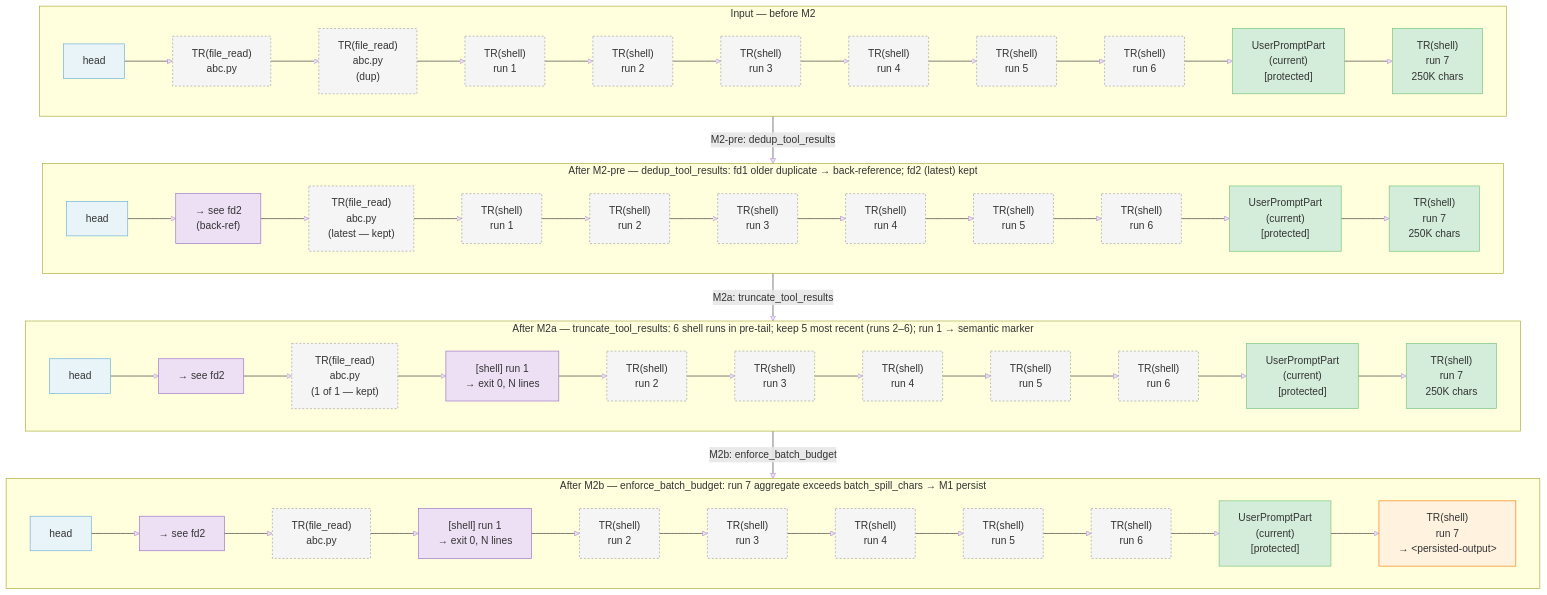
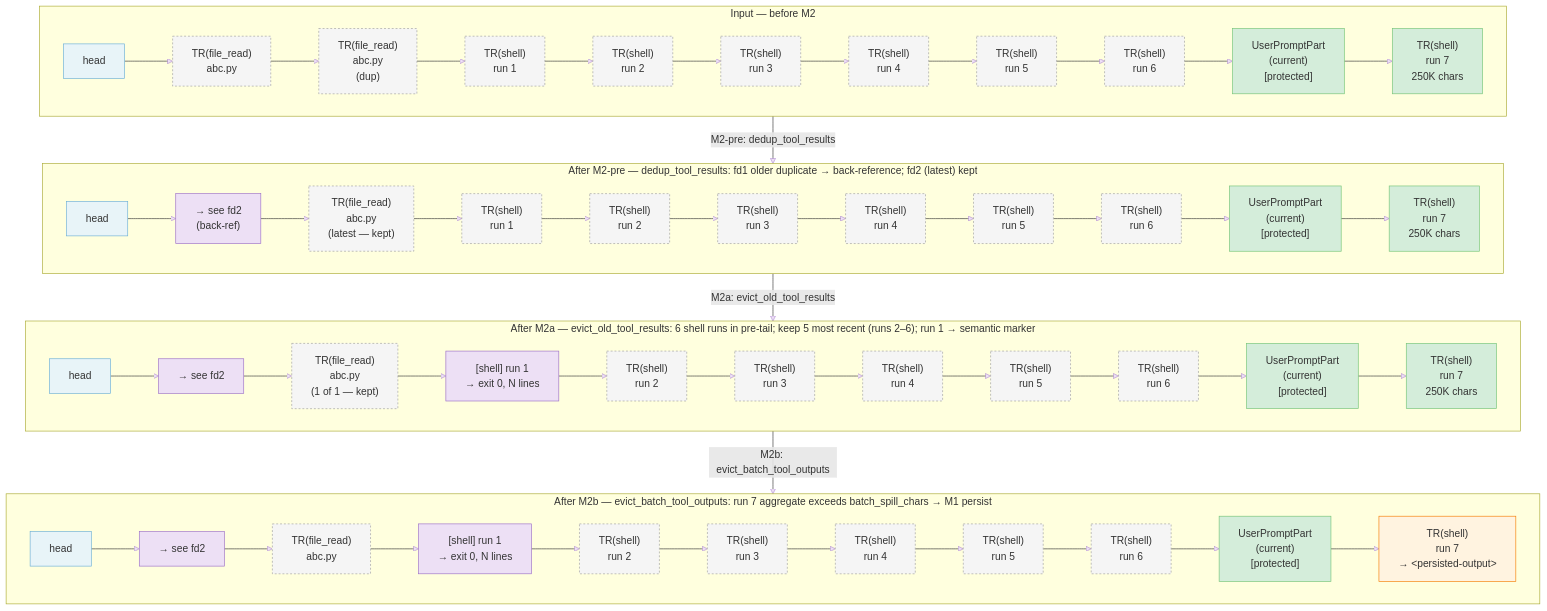
Before and after one commit to binlecode/co-cli: the fifth of 6 diagrams in docs/specs/compaction.md, drawn with Mermaid. The commit also changed other lines of this file and 12 other files, not shown here.

````diff
--- a/docs/specs/compaction.md
+++ b/docs/specs/compaction.md
@@ -246,42 +246,42 @@
 ```mermaid
 flowchart TD
     subgraph Raw["Input — before M2"]
         direction LR
         r_h["head"]:::head --> r_fd1["TR(file_read)\nabc.py"]:::prior --> r_fd2["TR(file_read)\nabc.py\n(dup)"]:::prior --> r_s1["TR(shell)\nrun 1"]:::prior --> r_s2["TR(shell)\nrun 2"]:::prior --> r_s3["TR(shell)\nrun 3"]:::prior --> r_s4["TR(shell)\nrun 4"]:::prior --> r_s5["TR(shell)\nrun 5"]:::prior --> r_s6["TR(shell)\nrun 6"]:::prior --> r_sep["UserPromptPart\n(current)\n[protected]"]:::tail --> r_s7["TR(shell)\nrun 7\n250K chars"]:::tail
     end
 
     subgraph AfterDedup["After M2-pre — dedup_tool_results: fd1 older duplicate → back-reference; fd2 (latest) kept"]
         direction LR
         d_h["head"]:::head --> d_fd1["→ see fd2\n(back-ref)"]:::marker --> d_fd2["TR(file_read)\nabc.py\n(latest — kept)"]:::prior --> d_s1["TR(shell)\nrun 1"]:::prior --> d_s2["TR(shell)\nrun 2"]:::prior --> d_s3["TR(shell)\nrun 3"]:::prior --> d_s4["TR(shell)\nrun 4"]:::prior --> d_s5["TR(shell)\nrun 5"]:::prior --> d_s6["TR(shell)\nrun 6"]:::prior --> d_sep["UserPromptPart\n(current)\n[protected]"]:::tail --> d_s7["TR(shell)\nrun 7\n250K chars"]:::tail
     end
 
-    subgraph AfterTrunc["After M2a — truncate_tool_results: 6 shell runs in pre-tail; keep 5 most recent (runs 2–6); run 1 → semantic marker"]
+    subgraph AfterTrunc["After M2a — evict_old_tool_results: 6 shell runs in pre-tail; keep 5 most recent (runs 2–6); run 1 → semantic marker"]
         direction LR
         t_h["head"]:::head --> t_fd1["→ see fd2"]:::marker --> t_fd2["TR(file_read)\nabc.py\n(1 of 1 — kept)"]:::prior --> t_s1["[shell] run 1\n→ exit 0, N lines"]:::marker --> t_s2["TR(shell)\nrun 2"]:::prior --> t_s3["TR(shell)\nrun 3"]:::prior --> t_s4["TR(shell)\nrun 4"]:::prior --> t_s5["TR(shell)\nrun 5"]:::prior --> t_s6["TR(shell)\nrun 6"]:::prior --> t_sep["UserPromptPart\n(current)\n[protected]"]:::tail --> t_s7["TR(shell)\nrun 7\n250K chars"]:::tail
     end
 
-    subgraph AfterBatch["After M2b — enforce_batch_budget: run 7 aggregate exceeds batch_spill_chars → M1 persist"]
+    subgraph AfterBatch["After M2b — evict_batch_tool_outputs: run 7 aggregate exceeds batch_spill_chars → M1 persist"]
         direction LR
         b_h["head"]:::head --> b_fd1["→ see fd2"]:::marker --> b_fd2["TR(file_read)\nabc.py"]:::prior --> b_s1["[shell] run 1\n→ exit 0, N lines"]:::marker --> b_s2["TR(shell)\nrun 2"]:::prior --> b_s3["TR(shell)\nrun 3"]:::prior --> b_s4["TR(shell)\nrun 4"]:::prior --> b_s5["TR(shell)\nrun 5"]:::prior --> b_s6["TR(shell)\nrun 6"]:::prior --> b_sep["UserPromptPart\n(current)\n[protected]"]:::tail --> b_s7["TR(shell)\nrun 7\n→ &lt;persisted-output&gt;"]:::syspr
     end
 
     Raw -->|"M2-pre: dedup_tool_results"| AfterDedup
-    AfterDedup -->|"M2a: truncate_tool_results"| AfterTrunc
-    AfterTrunc -->|"M2b: enforce_batch_budget"| AfterBatch
+    AfterDedup -->|"M2a: evict_old_tool_results"| AfterTrunc
+    AfterTrunc -->|"M2b: evict_batch_tool_outputs"| AfterBatch
 
     classDef syspr fill:#fff3e0,stroke:#f57c00
     classDef head fill:#e8f4f8,stroke:#6baed6
     classDef prior fill:#f5f5f5,stroke:#9e9e9e,stroke-dasharray:3 3
     classDef marker fill:#ede0f5,stroke:#9c6fc7
     classDef meta fill:#f0f0f0,stroke:#aaa
     classDef tail fill:#d4edda,stroke:#74c476
 
     class r_h,d_h,t_h,b_h head
     class r_fd1,r_fd2,r_s1,r_s2,r_s3,r_s4,r_s5,r_s6 prior
     class r_sep,r_s7,d_sep,d_s7,t_sep,t_s7,b_sep tail
     class d_fd1,t_fd1,b_fd1,t_s1,b_s1 marker
     class d_fd2,d_s1,d_s2,d_s3,d_s4,d_s5,d_s6 prior
     class t_fd2,t_s2,t_s3,t_s4,t_s5,t_s6 prior
     class b_fd2,b_s2,b_s3,b_s4,b_s5,b_s6 prior
     class b_s7 syspr
 ```
````
